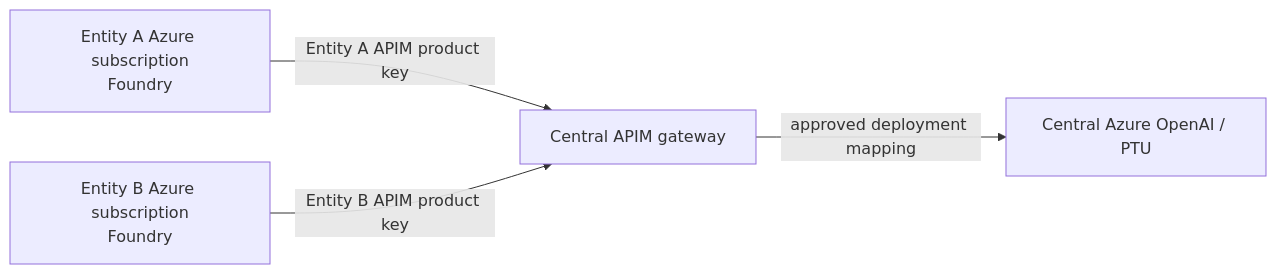
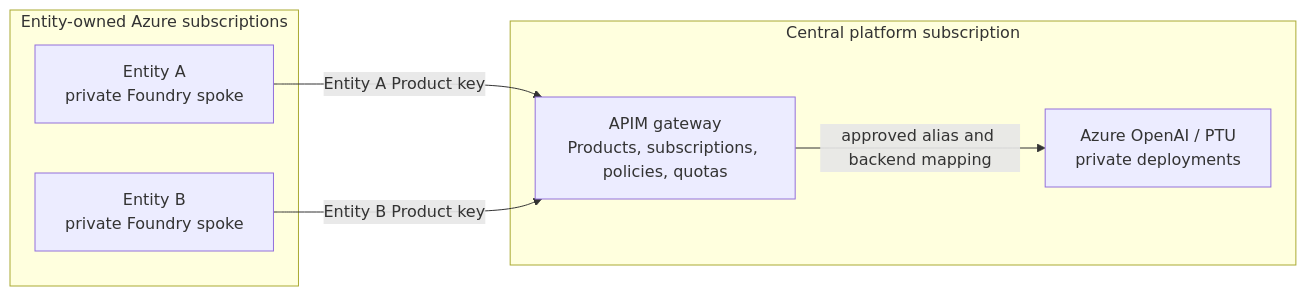
Before and after one commit to nstijepovic/foundry-apim-terraform: the second of 2 diagrams in README.md, drawn with Mermaid. The commit also changed other lines of this file, not shown here.

Commit message:
Clarify spoke ownership in architecture docs

````diff
--- a/README.md
+++ b/README.md
@@ -148,6 +160,16 @@
 ```mermaid
 flowchart LR
-  F1["Entity A Azure subscription\nFoundry"] -->|"Entity A APIM product key"| APIM["Central APIM gateway"]
-  F2["Entity B Azure subscription\nFoundry"] -->|"Entity B APIM product key"| APIM
-    APIM -->|"approved deployment mapping"| PTU["Central Azure OpenAI / PTU"]
+  subgraph Entities["Entity-owned Azure subscriptions"]
+    F1["Entity A\nprivate Foundry spoke"]
+    F2["Entity B\nprivate Foundry spoke"]
+  end
+
+  subgraph Platform["Central platform subscription"]
+    APIM["APIM gateway\nProducts, subscriptions, policies, quotas"]
+    PTU["Azure OpenAI / PTU\nprivate deployments"]
+    APIM -->|approved alias and backend mapping| PTU
+  end
+
+  F1 -->|Entity A Product key| APIM
+  F2 -->|Entity B Product key| APIM
 ```
````
